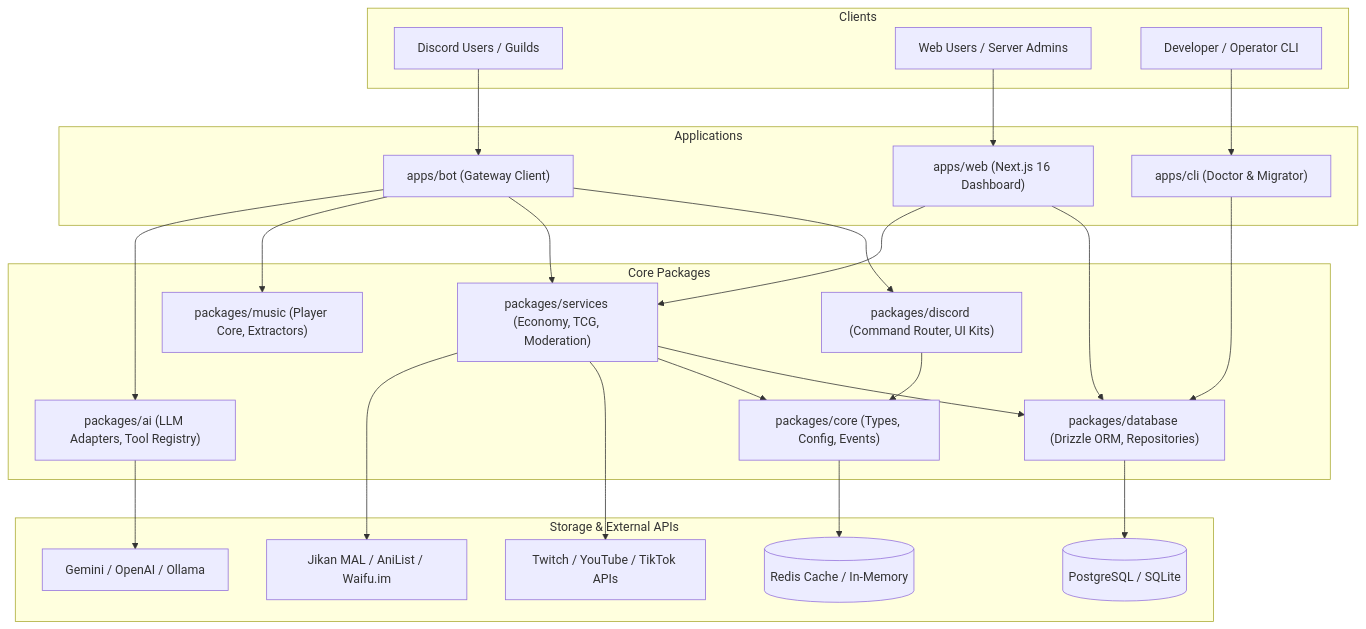
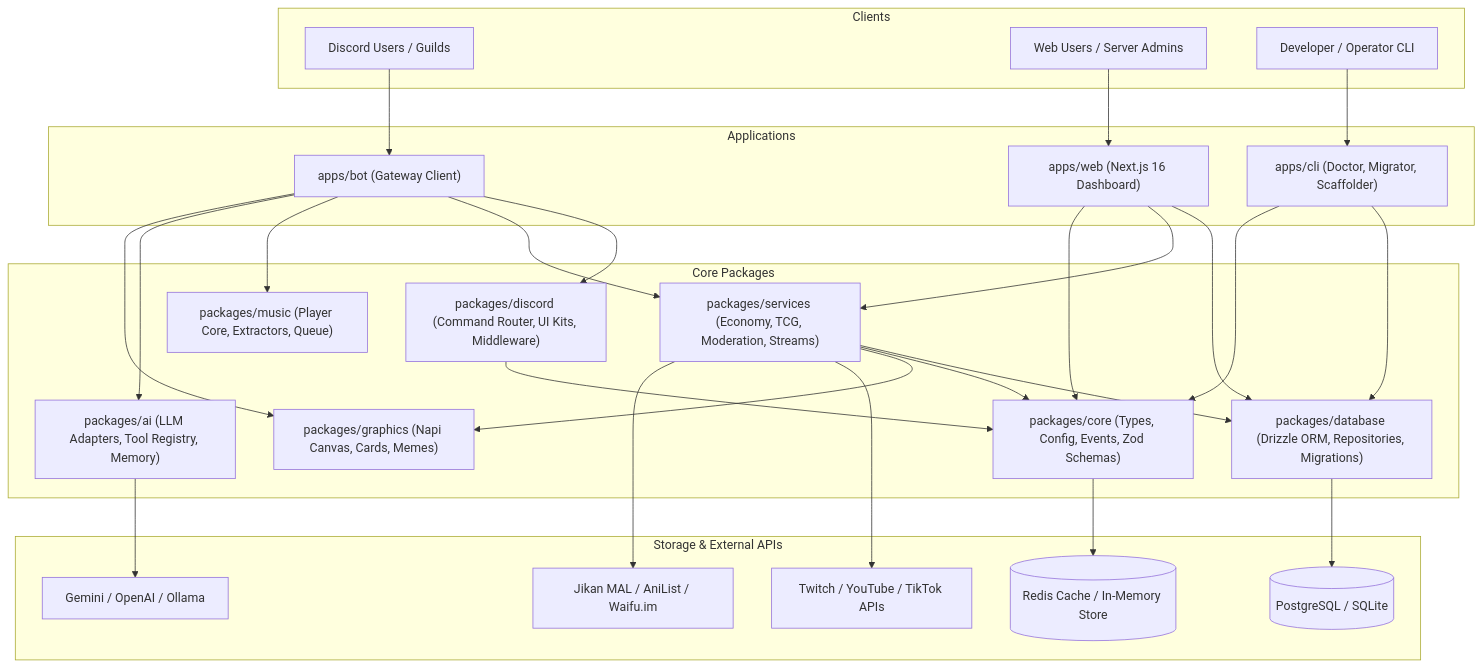
The diagram in docs/architecture.md (RirikoAI/RirikoBot), drawn with Mermaid before and after one commit. The commit also changed other lines of this file and 24 other files, not shown here.

````diff
--- a/docs/architecture.md
+++ b/docs/architecture.md
@@ -19,55 +20,60 @@
 ```mermaid
 graph TD
     subgraph Clients
         DU[Discord Users / Guilds]
         WU[Web Users / Server Admins]
         CLI[Developer / Operator CLI]
     end
 
     subgraph Applications
         BOT["apps/bot (Gateway Client)"]
         WEB["apps/web (Next.js 16 Dashboard)"]
-        CLIA["apps/cli (Doctor & Migrator)"]
+        CLIA["apps/cli (Doctor, Migrator, Scaffolder)"]
     end
 
     subgraph Core Packages
-        CORE["packages/core (Types, Config, Events)"]
-        DISCORD["packages/discord (Command Router, UI Kits)"]
-        DB["packages/database (Drizzle ORM, Repositories)"]
-        AI["packages/ai (LLM Adapters, Tool Registry)"]
-        MUSIC["packages/music (Player Core, Extractors)"]
-        SERVICES["packages/services (Economy, TCG, Moderation)"]
+        CORE["packages/core (Types, Config, Events, Zod Schemas)"]
+        DISCORD["packages/discord (Command Router, UI Kits, Middleware)"]
+        DB["packages/database (Drizzle ORM, Repositories, Migrations)"]
+        AI["packages/ai (LLM Adapters, Tool Registry, Memory)"]
+        MUSIC["packages/music (Player Core, Extractors, Queue)"]
+        GRAPHICS["packages/graphics (Napi Canvas, Cards, Memes)"]
+        SERVICES["packages/services (Economy, TCG, Moderation, Streams)"]
     end
 
     subgraph Storage & External APIs
         POSTGRES[(PostgreSQL / SQLite)]
-        REDIS[(Redis Cache / In-Memory)]
+        REDIS[(Redis Cache / In-Memory Store)]
         EXT_AI[Gemini / OpenAI / Ollama]
         EXT_STREAM[Twitch / YouTube / TikTok APIs]
         EXT_ANIME[Jikan MAL / AniList / Waifu.im]
     end
 
     DU --> BOT
     WU --> WEB
     CLI --> CLIA
 
     BOT --> DISCORD
     BOT --> SERVICES
     BOT --> MUSIC
     BOT --> AI
+    BOT --> GRAPHICS
 
     WEB --> DB
     WEB --> SERVICES
+    WEB --> CORE
 
     CLIA --> DB
+    CLIA --> CORE
 
     DISCORD --> CORE
     SERVICES --> DB
     SERVICES --> CORE
+    SERVICES --> GRAPHICS
     AI --> EXT_AI
     SERVICES --> EXT_STREAM
     SERVICES --> EXT_ANIME
 
     DB --> POSTGRES
     CORE --> REDIS
 ```
````
